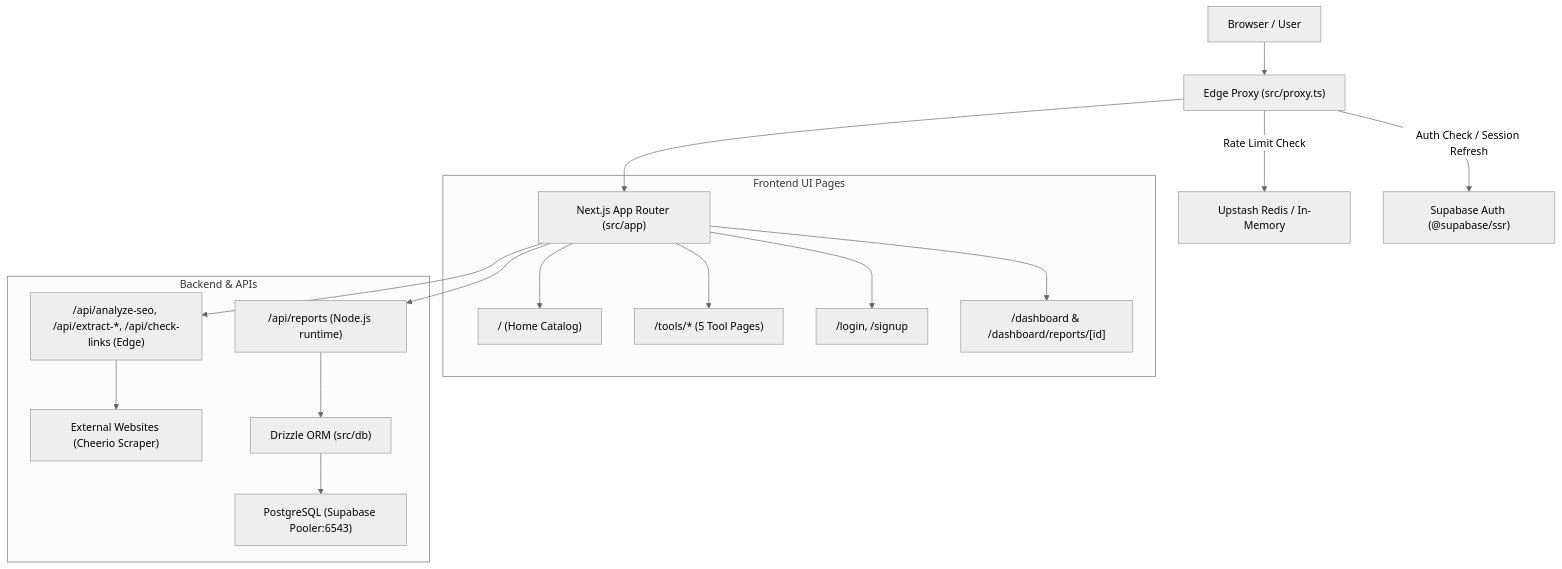
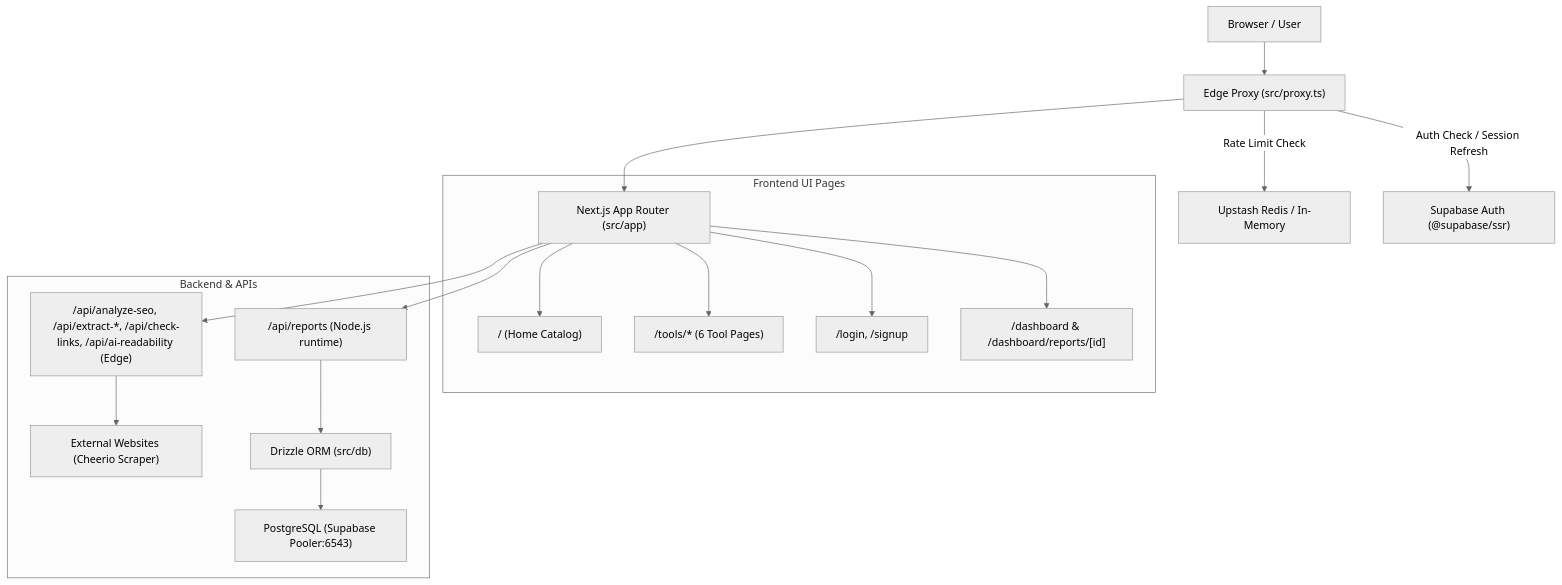
The diagram in docs/AI_HANDOFF.md (UvanAdhithya/MicroSAAS), drawn with Mermaid (neutral theme) before and after one commit. The commit also changed other lines of this file and 5 other files, not shown here.

First line of the commit message:
feat(links): capture anchor text and redirect chains; add homepage schema

````diff
--- a/docs/AI_HANDOFF.md
+++ b/docs/AI_HANDOFF.md
@@ -42,22 +42,22 @@
 ```mermaid
 flowchart TD
     Client["Browser / User"] --> Proxy["Edge Proxy (src/proxy.ts)"]
     Proxy -->|"Rate Limit Check"| Upstash["Upstash Redis / In-Memory"]
     Proxy -->|"Auth Check / Session Refresh"| SupabaseAuth["Supabase Auth (@supabase/ssr)"]
     Proxy --> AppRouter["Next.js App Router (src/app)"]
     
     subgraph Frontend ["Frontend UI Pages"]
         AppRouter --> Home["/ (Home Catalog)"]
-        AppRouter --> ToolPages["/tools/* (5 Tool Pages)"]
+        AppRouter --> ToolPages["/tools/* (6 Tool Pages)"]
         AppRouter --> AuthPages["/login, /signup"]
         AppRouter --> Dashboard["/dashboard & /dashboard/reports/[id]"]
     end
 
     subgraph Backend ["Backend & APIs"]
-        AppRouter --> ToolAPIs["/api/analyze-seo, /api/extract-*, /api/check-links (Edge)"]
+        AppRouter --> ToolAPIs["/api/analyze-seo, /api/extract-*, /api/check-links, /api/ai-readability (Edge)"]
         AppRouter --> ReportAPI["/api/reports (Node.js runtime)"]
         ToolAPIs --> ExtTarget["External Websites (Cheerio Scraper)"]
         ReportAPI --> Drizzle["Drizzle ORM (src/db)"]
         Drizzle --> Postgres["PostgreSQL (Supabase Pooler:6543)"]
     end
 ```
````
